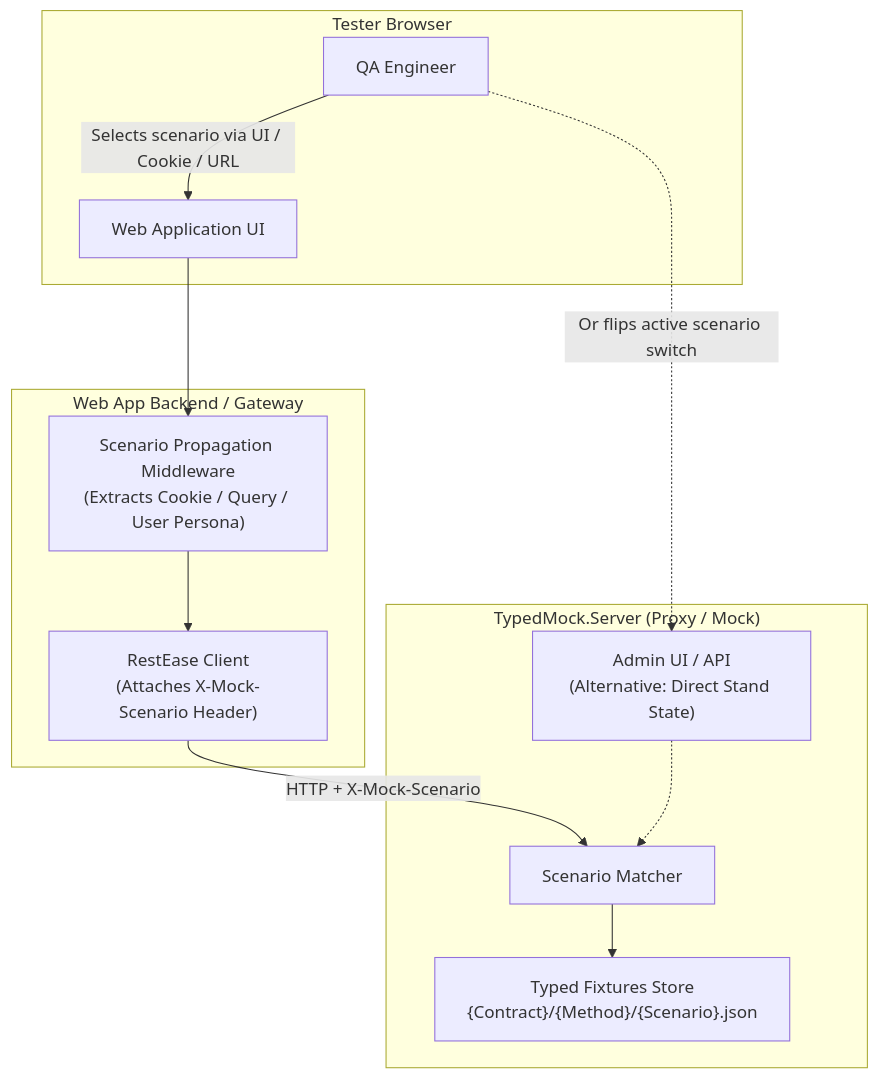
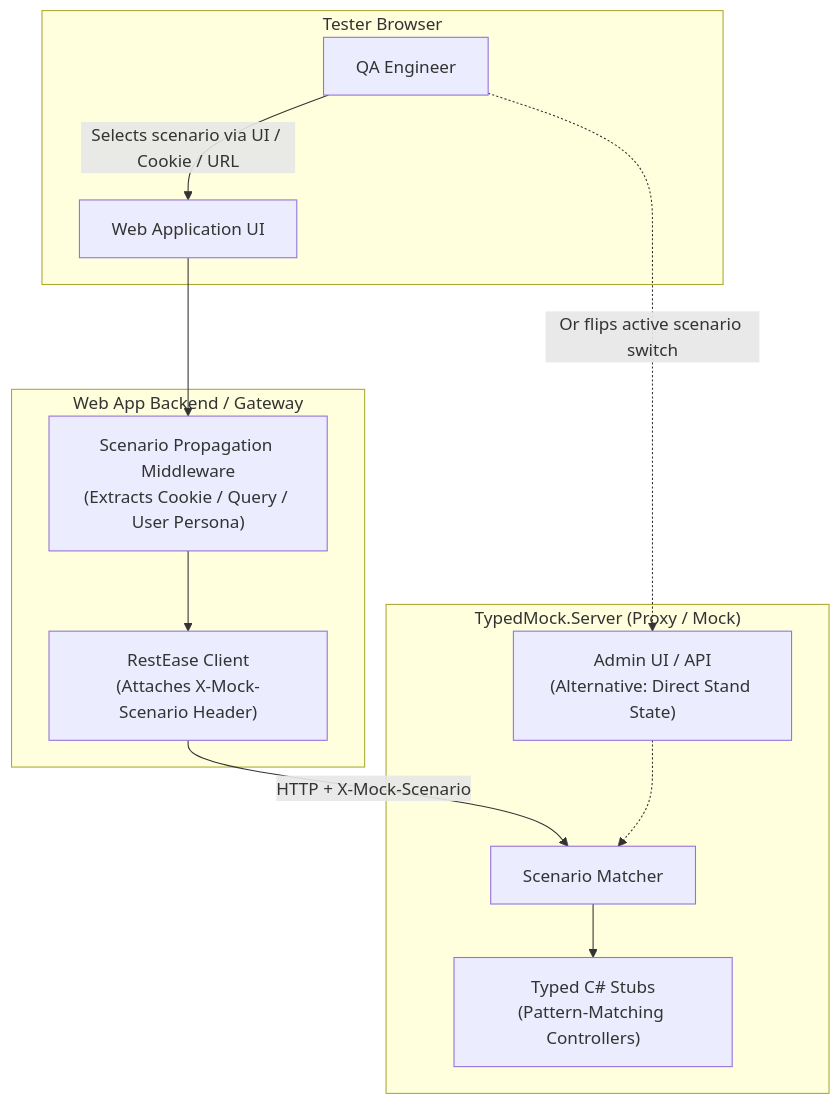
The diagram in docs/TEST_STAND_SCENARIO_SETUP.md (the4ups/mocking-proxy), drawn with Mermaid before and after one commit. The commit also changed other lines of this file and 19 other files, not shown here.

Commit message:
feat: complete zero-json refactoring with deterministic C# pattern matching stubs

````diff
--- a/docs/TEST_STAND_SCENARIO_SETUP.md
+++ b/docs/TEST_STAND_SCENARIO_SETUP.md
@@ -15,25 +15,25 @@
 ```mermaid
 flowchart TD
     subgraph Browser["Tester Browser"]
         QA["QA Engineer"]
         UI["Web Application UI"]
         QA -->|Selects scenario via UI / Cookie / URL| UI
     end
 
     subgraph WebAppBackend["Web App Backend / Gateway"]
         MW["Scenario Propagation Middleware\n(Extracts Cookie / Query / User Persona)"]
         Client["RestEase Client\n(Attaches X-Mock-Scenario Header)"]
         UI --> MW --> Client
     end
 
     subgraph StandaloneMock["TypedMock.Server (Proxy / Mock)"]
         AdminAPI["Admin UI / API\n(Alternative: Direct Stand State)"]
         Router["Scenario Matcher"]
-        Fixtures["Typed Fixtures Store\n{Contract}/{Method}/{Scenario}.json"]
+        Stubs["Typed C# Stubs\n(Pattern-Matching Controllers)"]
         
         Client -->|HTTP + X-Mock-Scenario| Router
         QA -.->|Or flips active scenario switch| AdminAPI
         AdminAPI -.-> Router
-        Router --> Fixtures
+        Router --> Stubs
     end
 ```
````
